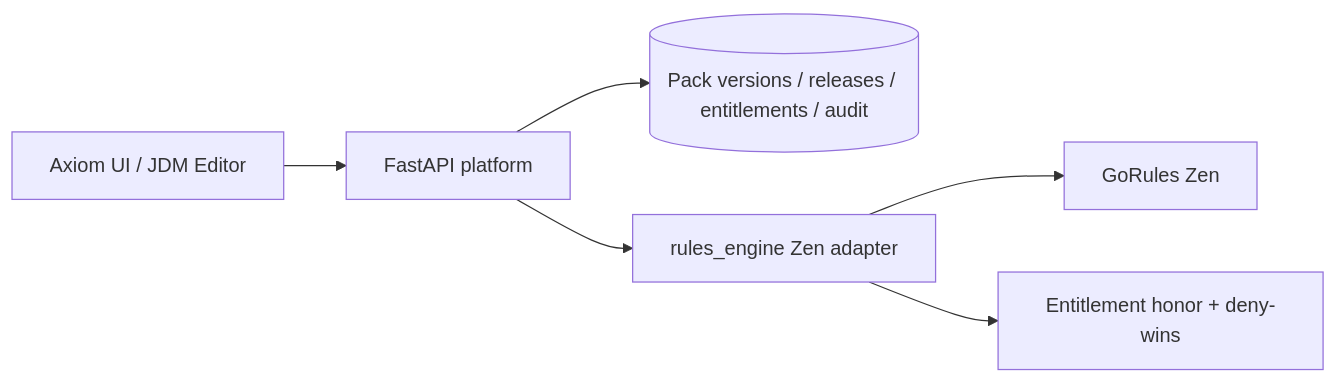
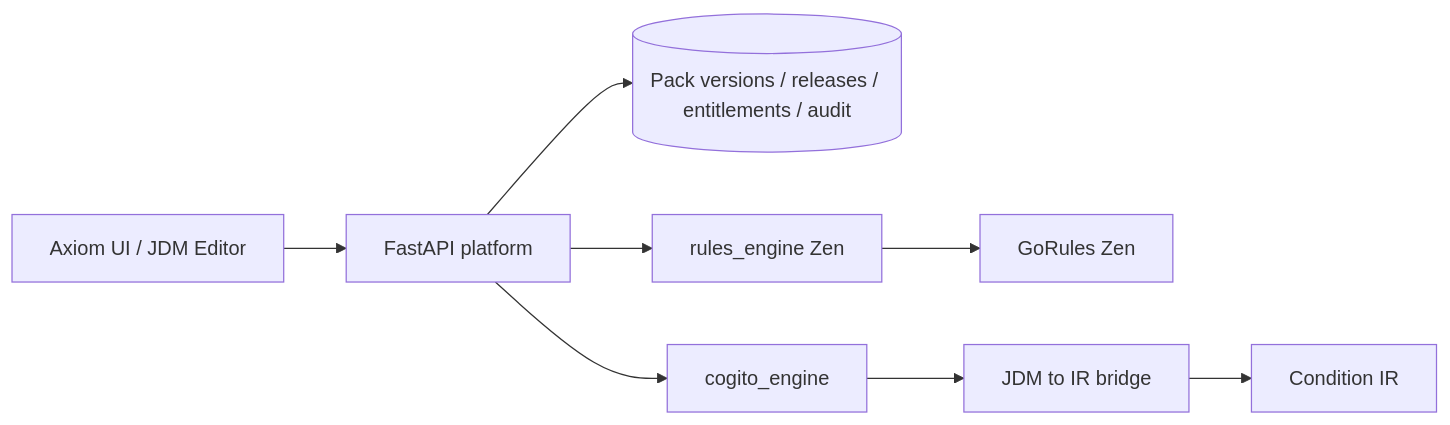
The diagram in docs/ARCHITECTURE.md (souvikmukherjee/utils-rules-engine-poc), drawn with Mermaid before and after one commit. The commit also changed other lines of this file and 29 other files, not shown here.

First line of the commit message:
Add parallel Cogito rules engine with UI toggle

````diff
--- a/docs/ARCHITECTURE.md
+++ b/docs/ARCHITECTURE.md
@@ -14,8 +15,10 @@
 ```mermaid
 flowchart LR
   UI[Axiom UI / JDM Editor] --> API[FastAPI platform]
   API --> Store[(Pack versions / releases / entitlements / audit)]
-  API --> Adapter[rules_engine Zen adapter]
-  Adapter --> Zen[GoRules Zen]
-  Adapter --> Ent[Entitlement honor + deny-wins]
+  API --> ZenAdapter[rules_engine Zen]
+  API --> Cogito[cogito_engine]
+  ZenAdapter --> Zen[GoRules Zen]
+  Cogito --> Bridge[JDM to IR bridge]
+  Bridge --> IR[Condition IR]
 ```
````
